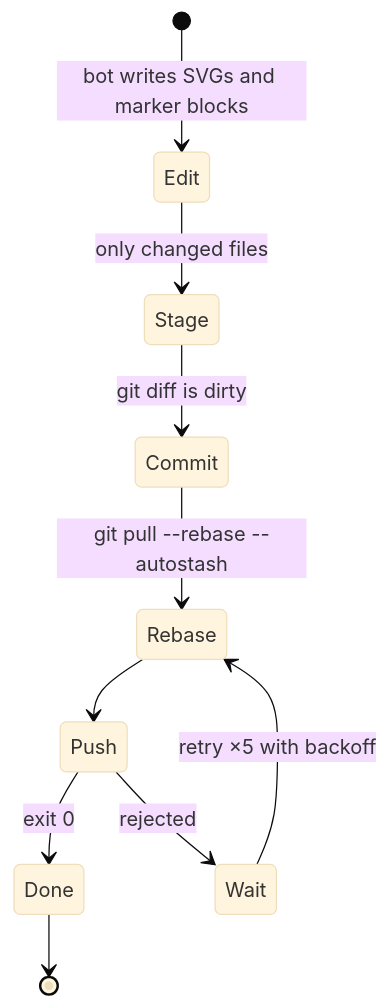
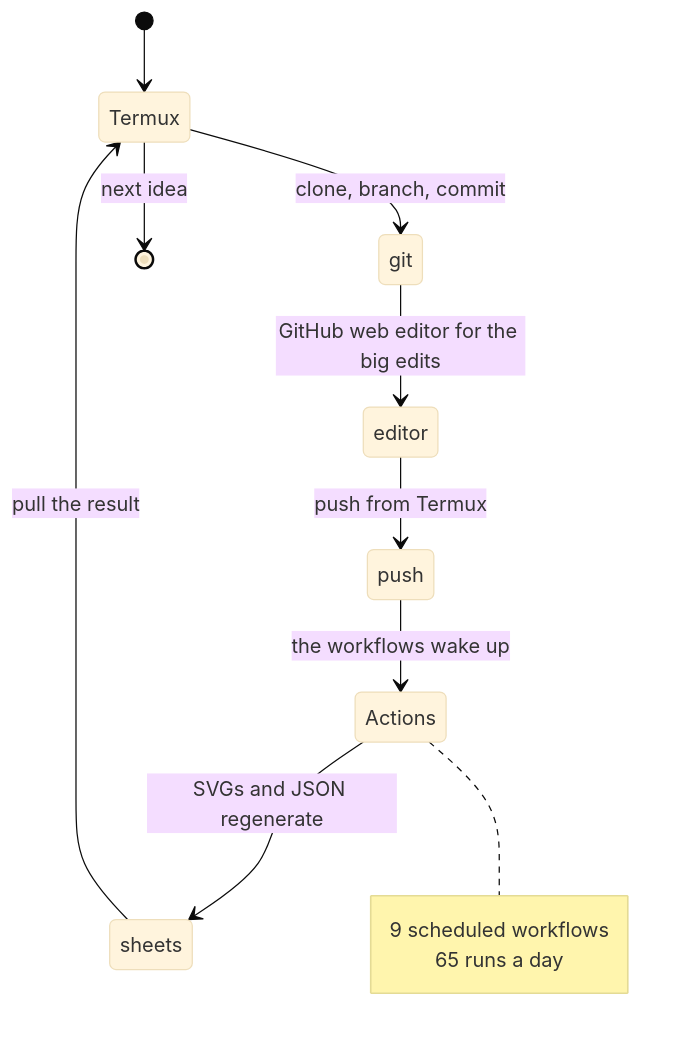
The fourth of 4 diagrams in README.md (Manashjyoti-Bora/Manashjyoti-Bora), drawn with Mermaid (base theme) before and after one commit. The commit also changed other lines of this file and 137 other files, not shown here.

````diff
--- a/README.md
+++ b/README.md
@@ -440,12 +329,15 @@
 ```mermaid
 stateDiagram-v2
-    [*] --> Edit: bot writes SVGs and marker blocks
-    Edit --> Stage: only changed files
-    Stage --> Commit: git diff is dirty
-    Commit --> Rebase: git pull --rebase --autostash
-    Rebase --> Push
-    Push --> Done: exit 0
-    Push --> Wait: rejected
-    Wait --> Rebase: retry ×5 with backoff
-    Done --> [*]
+    [*] --> Termux
+    Termux --> git : clone, branch, commit
+    git --> editor : GitHub web editor for the big edits
+    editor --> push : push from Termux
+    push --> Actions : the workflows wake up
+    Actions --> sheets : SVGs and JSON regenerate
+    sheets --> Termux : pull the result
+    Termux --> [*] : next idea
+    note right of Actions
+        9 scheduled workflows
+        65 runs a day
+    end note
 ```
````
